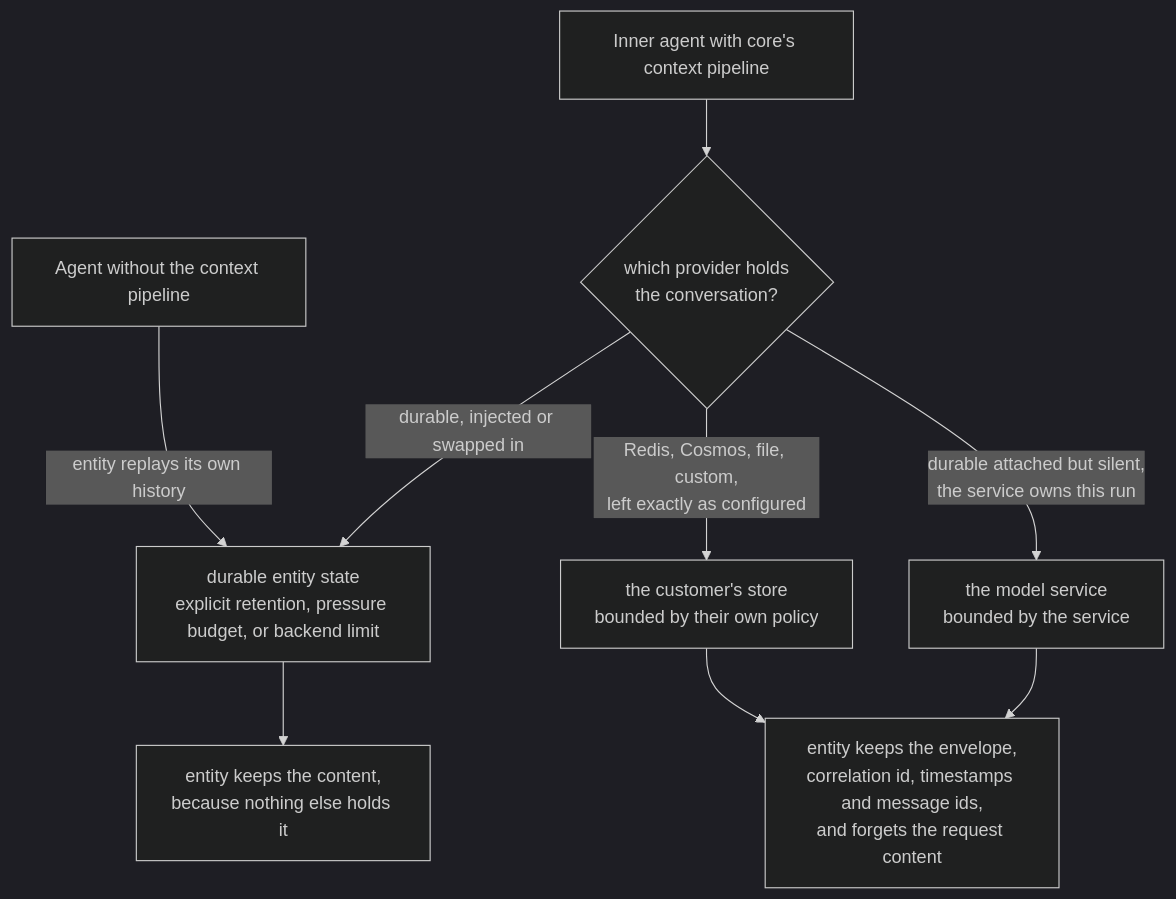
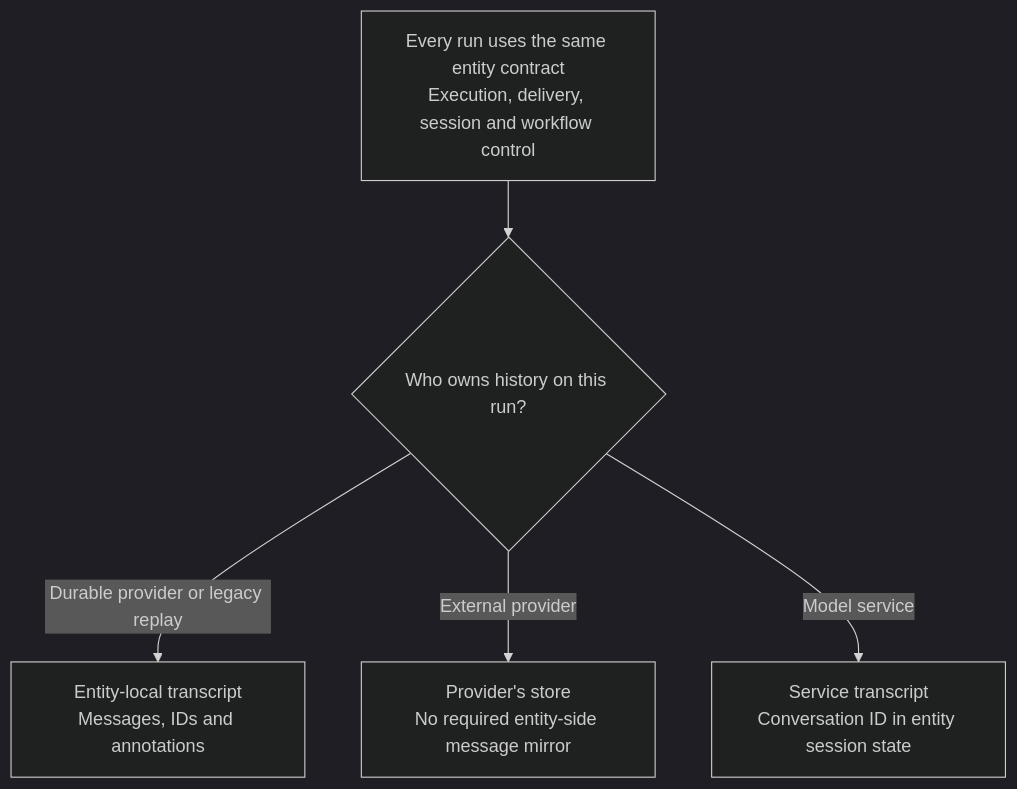
One commit to microsoft/agent-framework-durable-extension changed the second of 6 diagrams in docs/decisions/0032-durable-thread-compaction.md. Above: the diagram before and after it, drawn with Mermaid (dark theme). The commit also changed other lines of this file, not shown here.

First line of the commit message:
docs: clarify provider-independent execution state

````diff
--- a/docs/decisions/0032-durable-thread-compaction.md
+++ b/docs/decisions/0032-durable-thread-compaction.md
@@ -220,16 +230,8 @@
 ```mermaid
 flowchart TB
-    AGENT["Inner agent with core's context pipeline"]
-    NOPIPE["Agent without the context pipeline"]
-    SLOT{"which provider holds<br/>the conversation?"}
-
-    AGENT --> SLOT
-    SLOT -->|"durable, injected or swapped in"| ES["durable entity state<br/>explicit retention, pressure budget, or backend limit"]
-    SLOT -->|"Redis, Cosmos, file, custom,<br/>left exactly as configured"| EXT["the customer's store<br/>bounded by their own policy"]
-    SLOT -->|"durable attached but silent,<br/>the service owns this run"| SVC["the model service<br/>bounded by the service"]
-    NOPIPE -->|"entity replays its own history"| ES
-
-    ES --> KEEPALL["entity keeps the content,<br/>because nothing else holds it"]
-    EXT --> KEEPENV["entity keeps the envelope,<br/>correlation id, timestamps and message ids,<br/>and forgets the request content"]
-    SVC --> KEEPENV
+  COMMON["Every run uses the same entity contract<br/>Execution, delivery, session and workflow control"]
+  COMMON --> OWNER{"Who owns history on this run?"}
+  OWNER -->|"Durable provider or legacy replay"| LOCAL["Entity-local transcript<br/>Messages, IDs and annotations"]
+  OWNER -->|"External provider"| EXTERNAL["Provider's store<br/>No required entity-side message mirror"]
+  OWNER -->|"Model service"| SERVICE["Service transcript<br/>Conversation ID in entity session state"]
 ```
````
